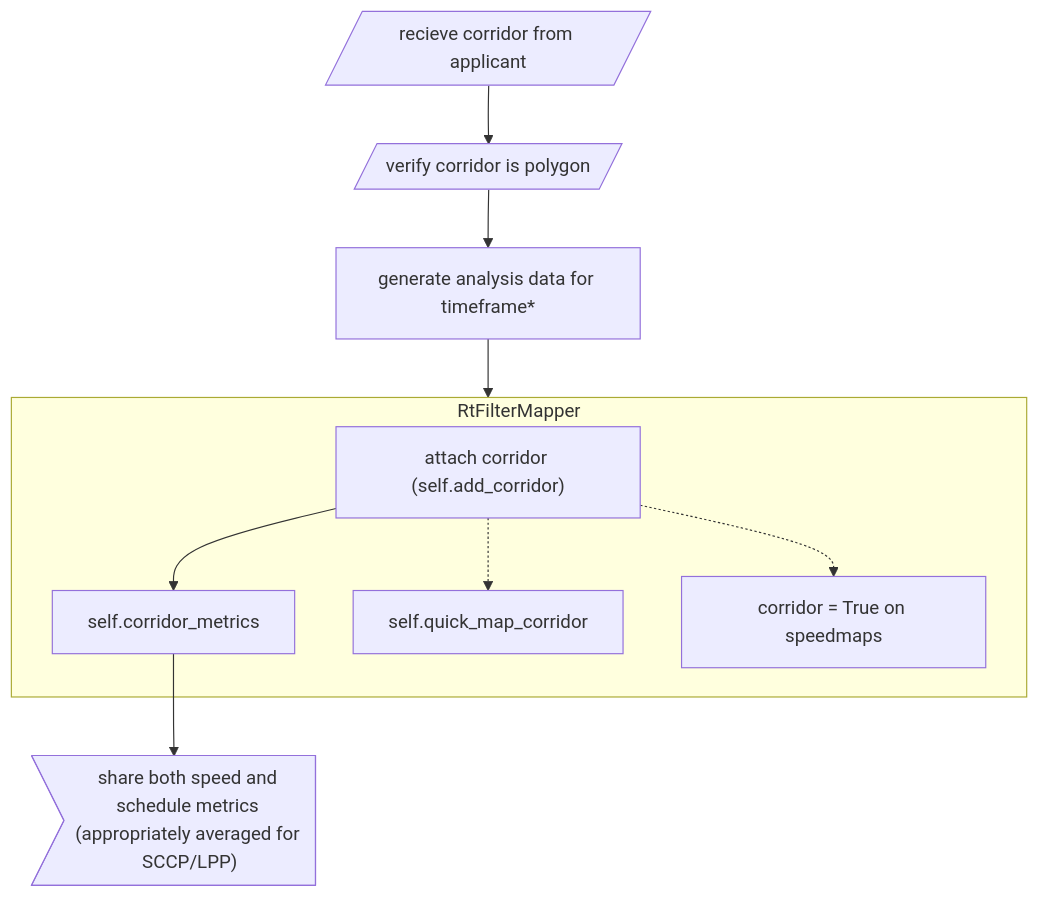
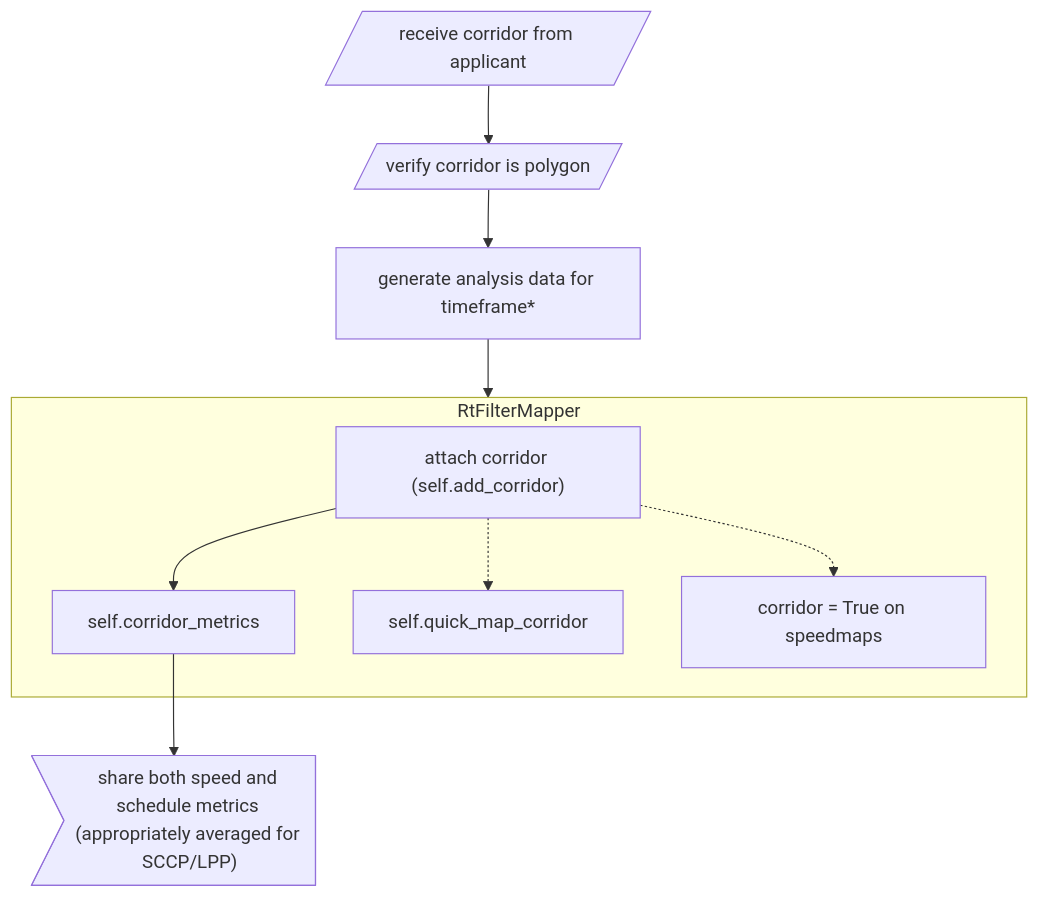
One commit to cal-itp/data-infra changed the third of 3 diagrams in docs/analytics_tools/rt_analysis.md. Above: the diagram before and after it, drawn with Mermaid. The commit also changed other lines of this file and 36 other files, not shown here.

````diff
--- a/docs/analytics_tools/rt_analysis.md
+++ b/docs/analytics_tools/rt_analysis.md
@@ -357,14 +357,14 @@
 ```{mermaid}
 flowchart TD
-    rcv_corr[/recieve corridor from applicant/] -->
+    rcv_corr[/receive corridor from applicant/] -->
     ver_corr[/verify corridor is polygon/] -->
     gen_data[generate analysis data for timeframe*]
     subgraph fm[RtFilterMapper]
         atc_corr["attach corridor (self.add_corridor)"]
         atc_corr --> metrics[self.corridor_metrics]
         atc_corr -.-> self.quick_map_corridor
         atc_corr -.-> map_corr["corridor = True on speedmaps"]
     end
     gen_data --> fm
     metrics --> pub>"share both speed and schedule metrics (appropriately averaged for SCCP/LPP)"]
 ```
````
